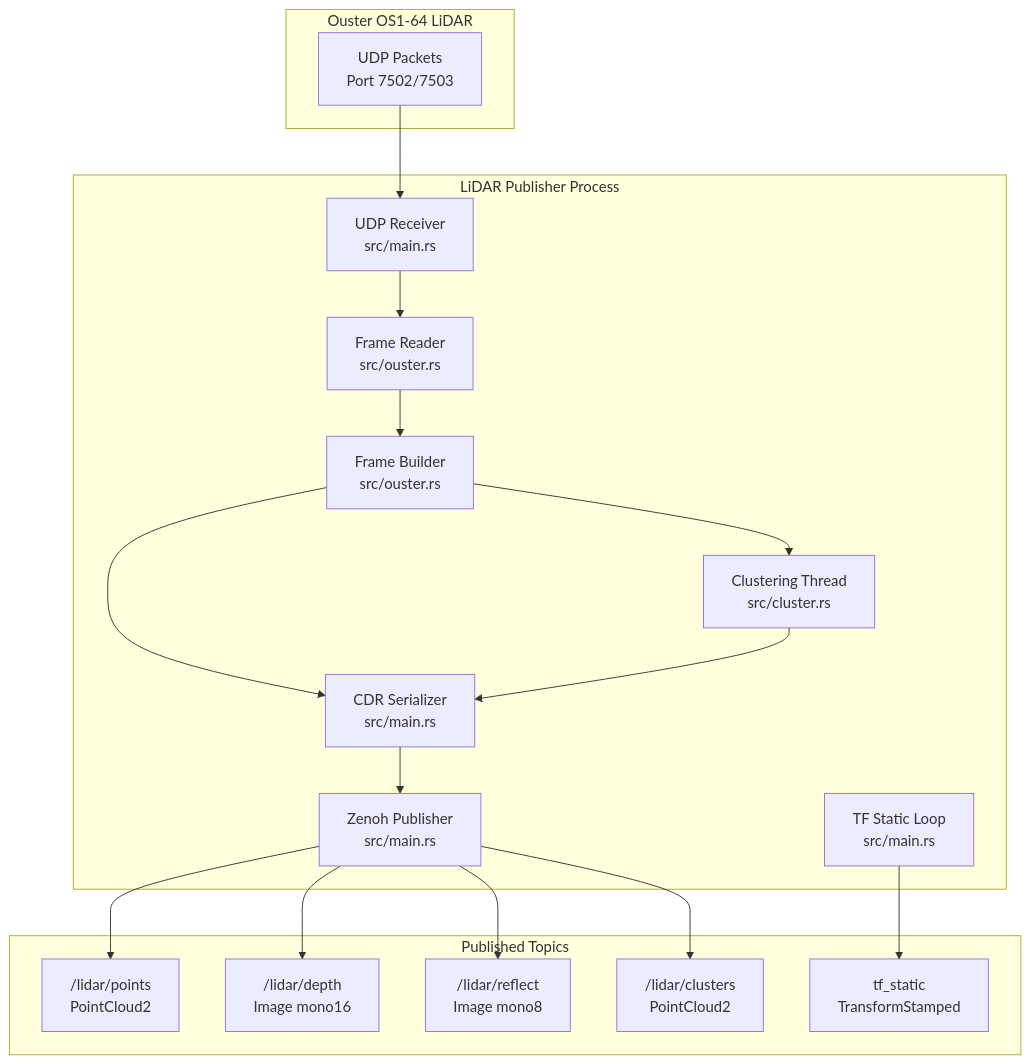
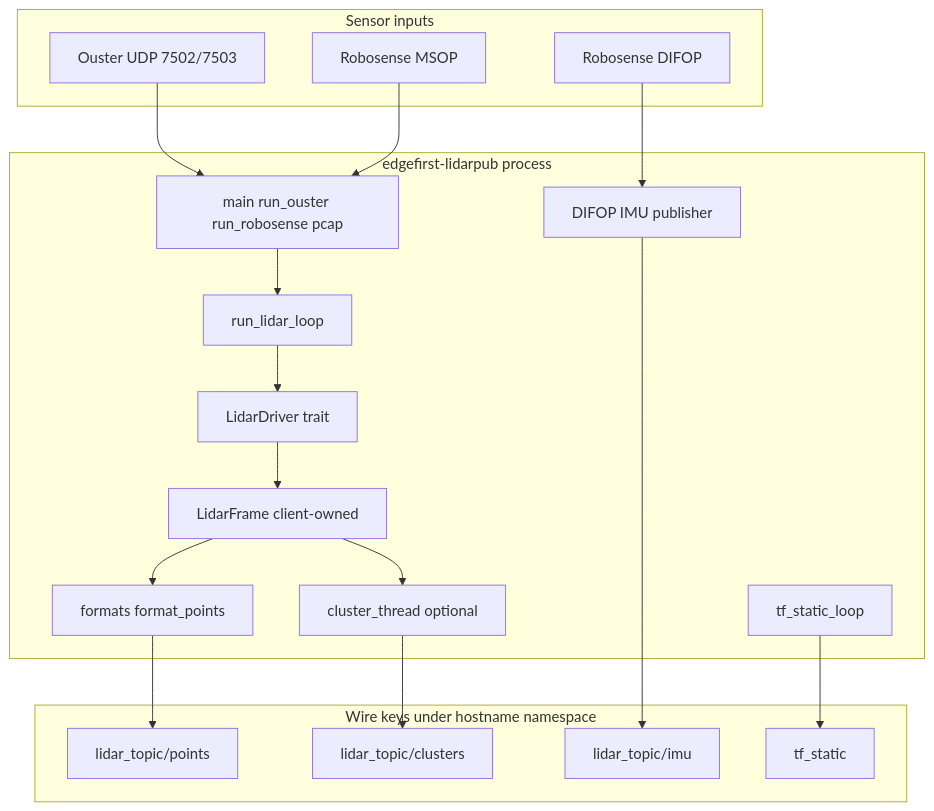
One commit to EdgeFirstAI/lidarpub changed the first of 5 diagrams in ARCHITECTURE.md. Above: the diagram before and after it, drawn with Mermaid. The commit also changed other lines of this file and 5 other files, not shown here.

First line of the commit message:
docs: align published Zenoh topics with 2.3.x wire API

````diff
--- a/ARCHITECTURE.md
+++ b/ARCHITECTURE.md
@@ -57,37 +56,35 @@
 ```mermaid
 graph TB
-    subgraph Sensor["Ouster OS1-64 LiDAR"]
-        UDP["UDP Packets<br/>Port 7502/7503"]
+    subgraph Sensors [Sensor inputs]
+        OusterUDP["Ouster UDP 7502/7503"]
+        RsMSOP["Robosense MSOP"]
+        RsDIFOP["Robosense DIFOP"]
     end
-    
-    subgraph Publisher["LiDAR Publisher Process"]
-        Receiver["UDP Receiver<br/>src/main.rs"]
-        FrameReader["Frame Reader<br/>src/ouster.rs"]
-        FrameBuilder["Frame Builder<br/>src/ouster.rs"]
-        Clustering["Clustering Thread<br/>src/cluster.rs"]
-        Serializer["CDR Serializer<br/>src/main.rs"]
-        ZenohPub["Zenoh Publisher<br/>src/main.rs"]
-        TFStatic["TF Static Loop<br/>src/main.rs"]
+
+    subgraph App [edgefirst-lidarpub process]
+        Entry["main run_ouster run_robosense pcap"]
+        Loop["run_lidar_loop"]
+        Driver["LidarDriver trait"]
+        Frame["LidarFrame client-owned"]
+        Format["formats format_points"]
+        ClusterT["cluster_thread optional"]
+        TF["tf_static_loop"]
+        IMUPub["DIFOP IMU publisher"]
     end
-    
-    subgraph Output["Published Topics"]
-        Points["/lidar/points<br/>PointCloud2"]
-        Depth["/lidar/depth<br/>Image mono16"]
-        Reflect["/lidar/reflect<br/>Image mono8"]
-        Clusters["/lidar/clusters<br/>PointCloud2"]
-        TF["tf_static<br/>TransformStamped"]
+
+    subgraph Zenoh [Wire keys under hostname namespace]
+        Points["lidar_topic/points"]
+        Clusters["lidar_topic/clusters"]
+        IMU["lidar_topic/imu"]
+        TFKey["tf_static"]
     end
-    
-    UDP --> Receiver
-    Receiver --> FrameReader
-    FrameReader --> FrameBuilder
-    FrameBuilder --> Clustering
-    FrameBuilder --> Serializer
-    Clustering --> Serializer
-    Serializer --> ZenohPub
-    ZenohPub --> Points
-    ZenohPub --> Depth
-    ZenohPub --> Reflect
-    ZenohPub --> Clusters
-    TFStatic --> TF
+
+    OusterUDP --> Entry
+    RsMSOP --> Entry
+    Entry --> Loop
+    Loop --> Driver --> Frame
+    Frame --> Format --> Points
+    Frame --> ClusterT --> Clusters
+    RsDIFOP --> IMUPub --> IMU
+    TF --> TFKey
 ```
````
